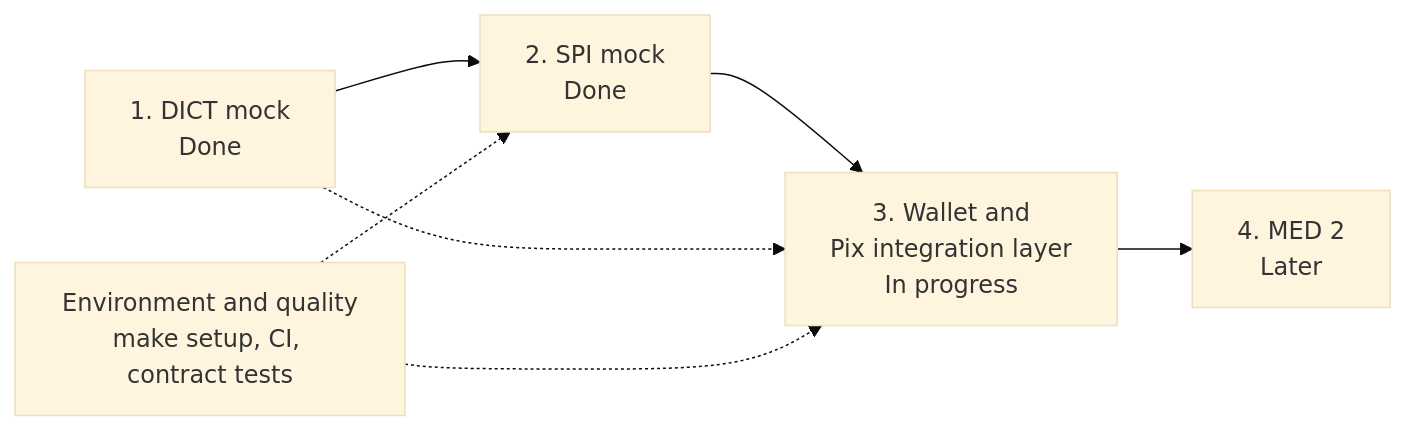
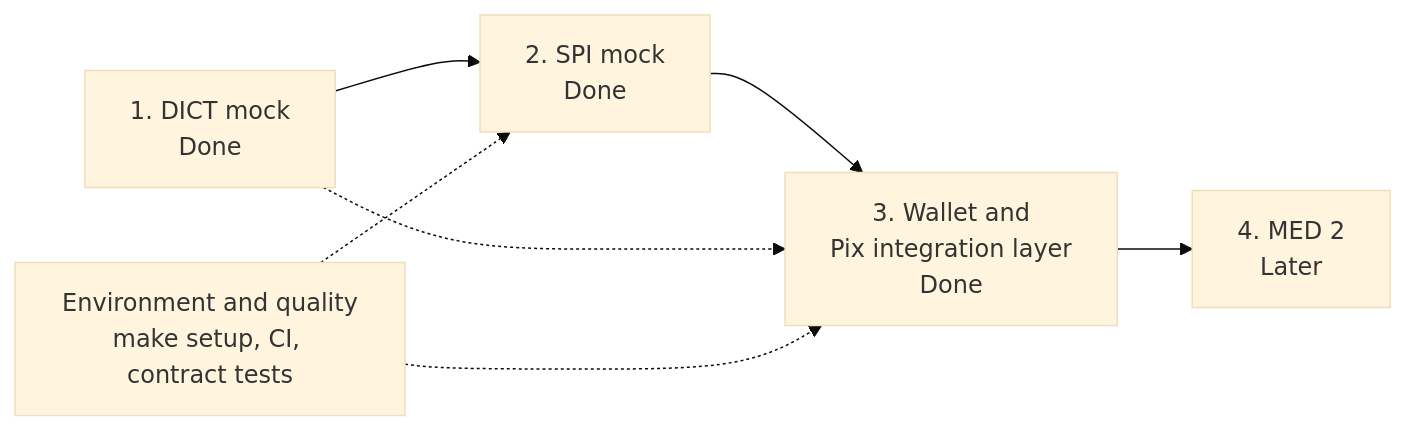
The diagram in docs/roadmap.md (piovani/pix_fake), drawn with Mermaid (base theme) before and after one commit. The commit also changed other lines of this file and 2 other files, not shown here.

````diff
--- a/docs/roadmap.md
+++ b/docs/roadmap.md
@@ -11,9 +11,9 @@
 ```mermaid
 flowchart LR
     P1["1. DICT mock<br/>Done"] --> P2["2. SPI mock<br/>Done"]
-    P2 --> P3["3. Wallet and<br/>Pix integration layer<br/>In progress"]
+    P2 --> P3["3. Wallet and<br/>Pix integration layer<br/>Done"]
     P3 --> P4["4. MED 2<br/>Later"]
     P1 -.-> P3
     X["Environment and quality<br/>make setup, CI, contract tests"] -.-> P2
     X -.-> P3
 ```
````
